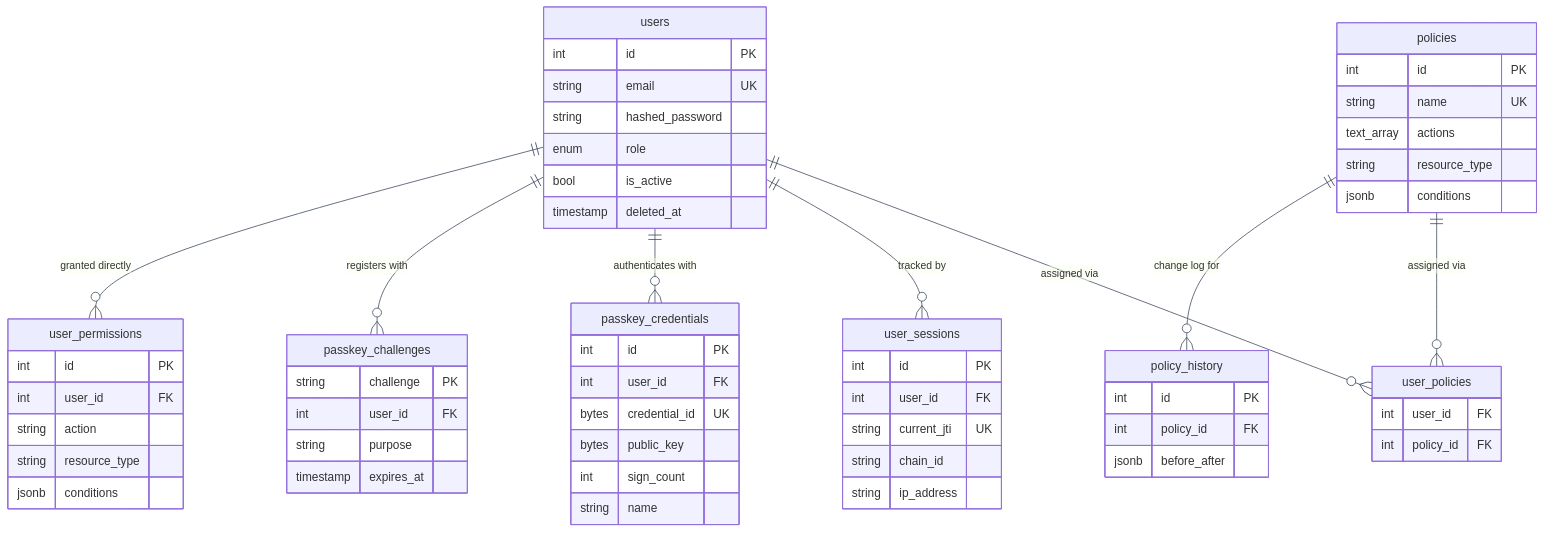
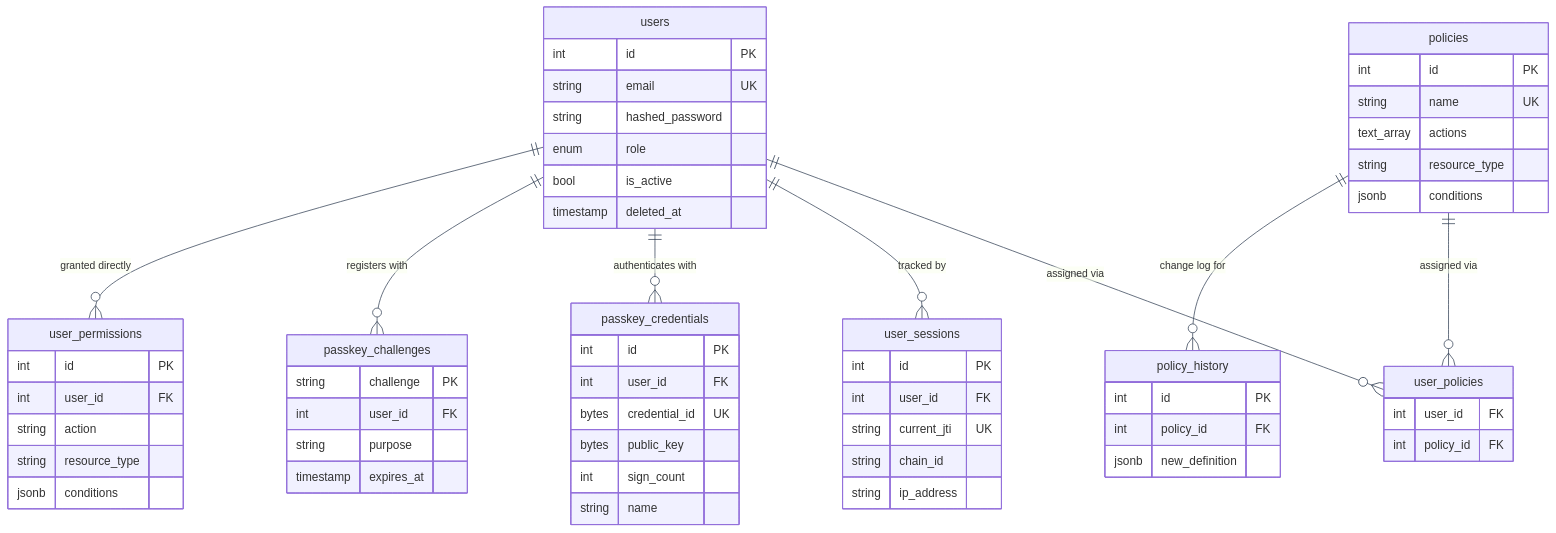
Before and after one commit to Nachiket-2024/mystic-auth: the first of 2 diagrams in docs/mystic_auth/database/design.md, drawn with Mermaid. The commit also changed other lines of this file and 259 other files, not shown here.

Commit message:
Isolated the E2E stack and added the Procrastinate 3.12 schema upgrade

````diff
--- a/docs/mystic_auth/database/design.md
+++ b/docs/mystic_auth/database/design.md
@@ -14,64 +14,64 @@
 ```mermaid
 %%{init: {"er": {"fontSize": 18}, "themeVariables": {"lineColor": "#334155"}, "themeCSS": ".relationshipLine { stroke-width: 2px !important; }"} }%%
 erDiagram
     users ||--o{ user_policies : "assigned via"
     policies ||--o{ user_policies : "assigned via"
     policies ||--o{ policy_history : "change log for"
     users ||--o{ user_sessions : "tracked by"
     users ||--o{ passkey_credentials : "authenticates with"
     users ||--o{ passkey_challenges : "registers with"
     users ||--o{ user_permissions : "granted directly"
 
     users {
         int id PK
         string email UK
         string hashed_password
         enum role
         bool is_active
         timestamp deleted_at
     }
     policies {
         int id PK
         string name UK
         text_array actions
         string resource_type
         jsonb conditions
     }
     user_policies {
         int user_id FK
         int policy_id FK
     }
     policy_history {
         int id PK
         int policy_id FK
-        jsonb before_after
+        jsonb new_definition
     }
     user_sessions {
         int id PK
         int user_id FK
         string current_jti UK
         string chain_id
         string ip_address
     }
     passkey_credentials {
         int id PK
         int user_id FK
         bytes credential_id UK
         bytes public_key
         int sign_count
         string name
     }
     passkey_challenges {
         string challenge PK
         int user_id FK
         string purpose
         timestamp expires_at
     }
     user_permissions {
         int id PK
         int user_id FK
         string action
         string resource_type
         jsonb conditions
     }
 ```
````
